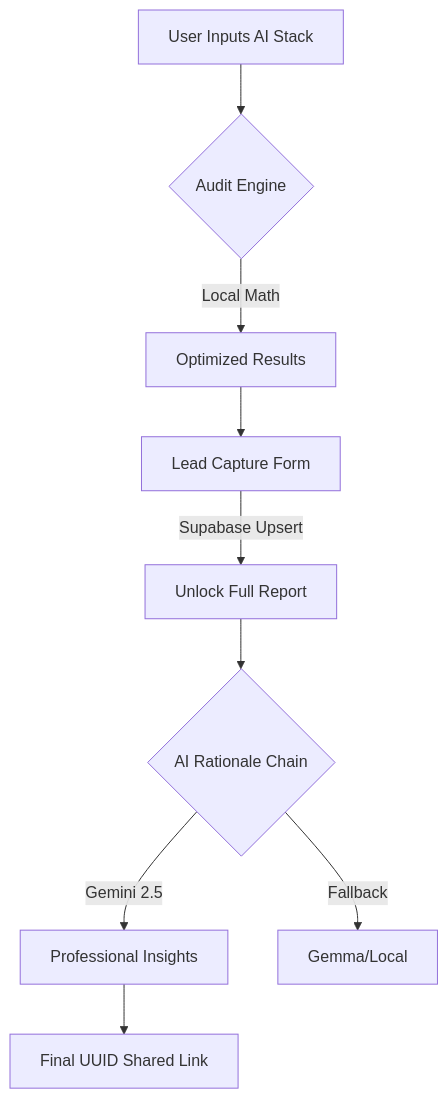
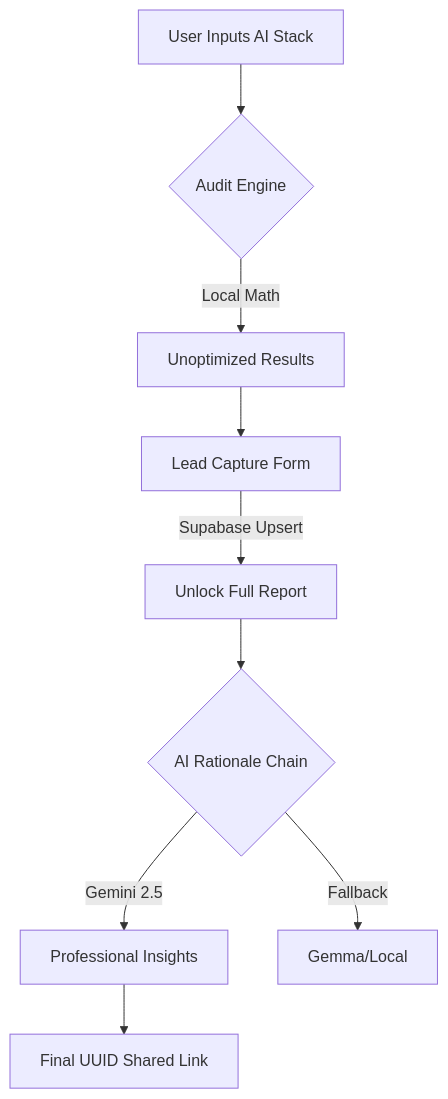
One commit to MATRUNI/spendwise-ai changed the first of 2 diagrams in ARCHITECTURE.md. Above: the diagram before and after it, drawn with Mermaid. The commit also changed other lines of this file, not shown here.

Commit message:
docs: future Architecture plan

````diff
--- a/ARCHITECTURE.md
+++ b/ARCHITECTURE.md
@@ -16,11 +18,11 @@
 ```mermaid
 graph TD
     A[User Inputs AI Stack] --> B{Audit Engine}
-    B -->|Local Math| C[Optimized Results]
+    B -->|Local Math| C[Unoptimized Results]
     C --> D[Lead Capture Form]
     D -->|Supabase Upsert| E[Unlock Full Report]
     E --> F{AI Rationale Chain}
     F -->|Gemini 2.5| G[Professional Insights]
     F -->|Fallback| H[Gemma/Local]
     G --> I[Final UUID Shared Link]
 ```
````
